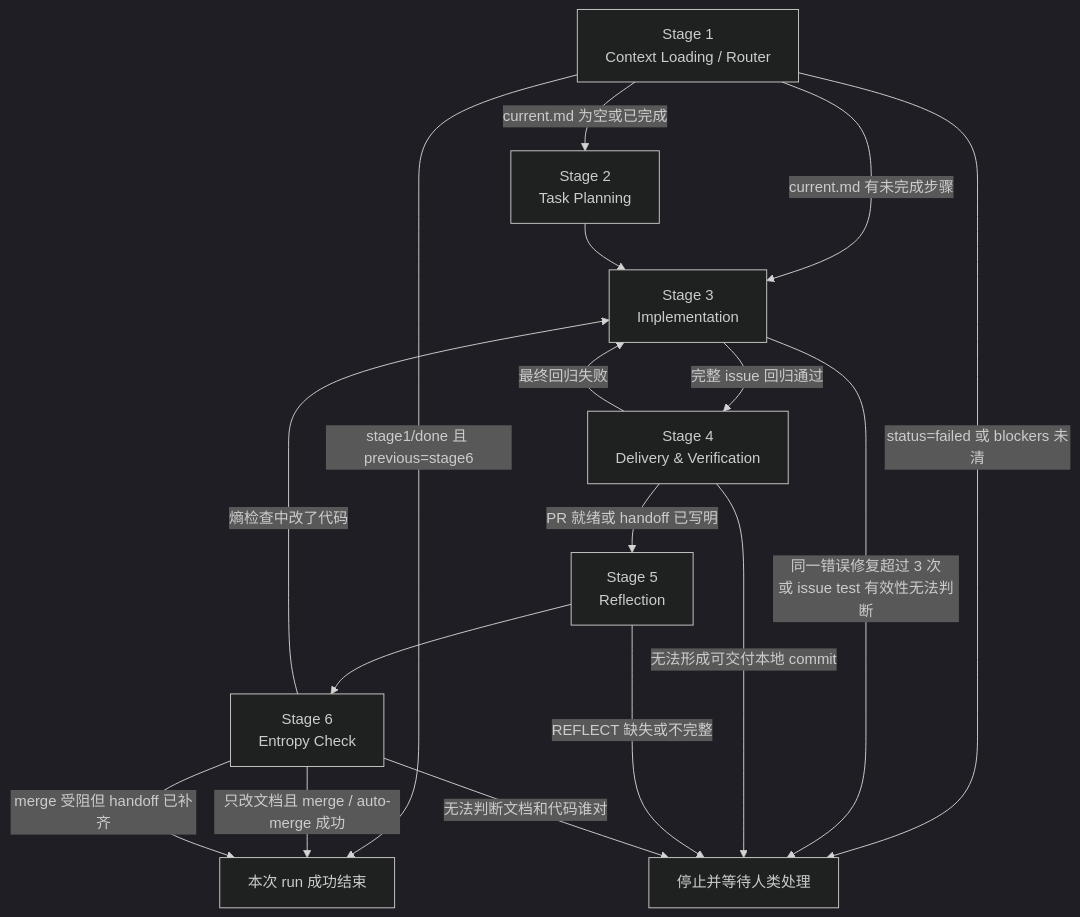
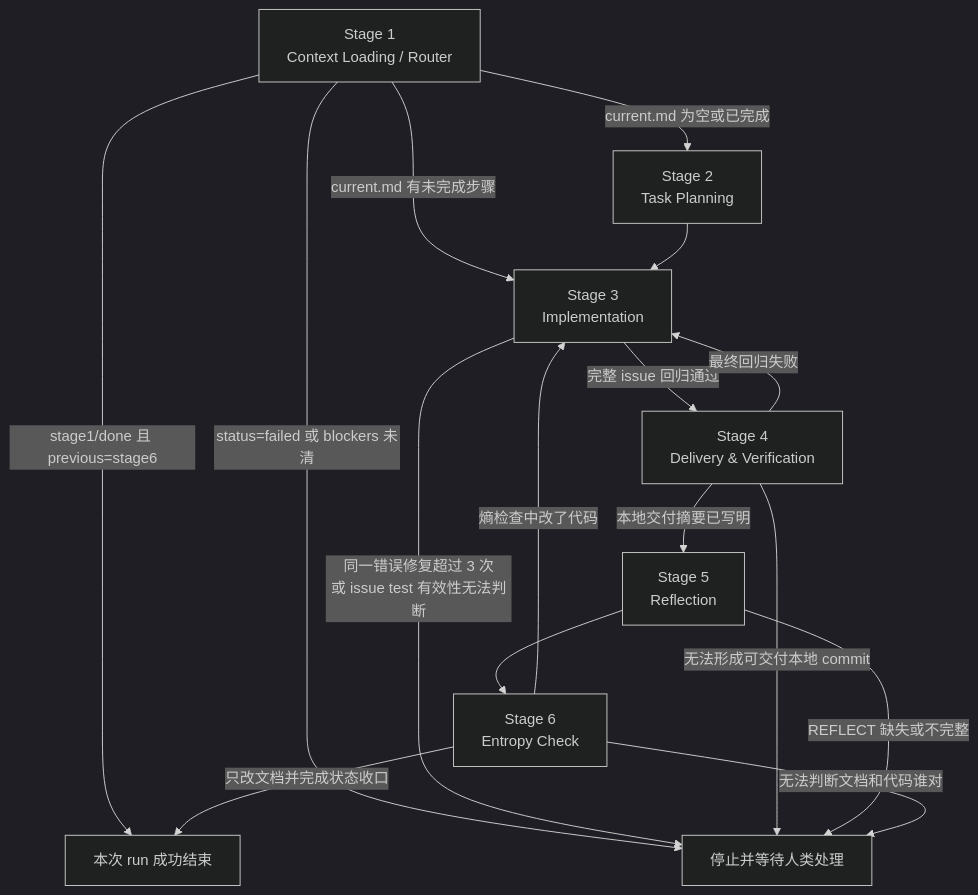
One commit to MrLvT/Agent-Workflow-Template changed the second of 2 diagrams in README.md. Above: the diagram before and after it, drawn with Mermaid (dark theme). The commit also changed other lines of this file and 42 other files, not shown here.

````diff
--- a/README.md
+++ b/README.md
@@ -309,24 +307,23 @@
 ```mermaid
 flowchart TD
     S1["Stage 1<br/>Context Loading / Router"] -->|current.md 为空或已完成| S2["Stage 2<br/>Task Planning"]
     S1 -->|current.md 有未完成步骤| S3["Stage 3<br/>Implementation"]
     S1 -->|status=failed 或 blockers 未清| STOP["停止并等待人类处理"]
     S1 -->|stage1/done 且 previous=stage6| END["本次 run 成功结束"]
 
     S2 --> S3
 
     S3 -->|完整 issue 回归通过| S4["Stage 4<br/>Delivery & Verification"]
     S3 -->|同一错误修复超过 3 次<br/>或 issue test 有效性无法判断| STOP
 
     S4 -->|最终回归失败| S3
-    S4 -->|PR 就绪或 handoff 已写明| S5["Stage 5<br/>Reflection"]
+    S4 -->|本地交付摘要已写明| S5["Stage 5<br/>Reflection"]
     S4 -->|无法形成可交付本地 commit| STOP
 
     S5 --> S6["Stage 6<br/>Entropy Check"]
     S5 -->|REFLECT 缺失或不完整| STOP
 
-    S6 -->|只改文档且 merge / auto-merge 成功| END
-    S6 -->|merge 受阻但 handoff 已补齐| END
+    S6 -->|只改文档并完成状态收口| END
     S6 -->|熵检查中改了代码| S3
     S6 -->|无法判断文档和代码谁对| STOP
 ```
````
